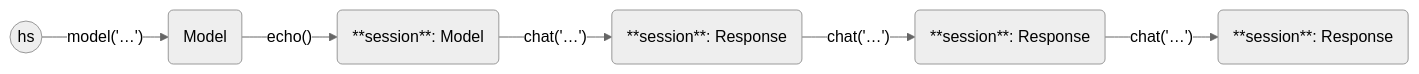
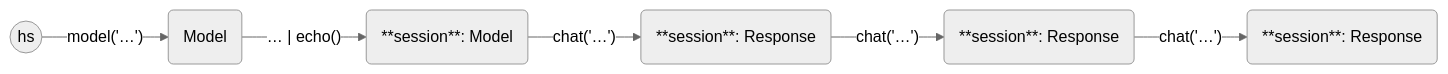
Before and after one commit to andygill/haverscript: the diagram in examples/first_example/README.md, drawn with Mermaid (neutral theme). The commit also changed 30 other files, not shown here.

````diff
--- a/examples/first_example/README.md
+++ b/examples/first_example/README.md
@@ -50,16 +50,16 @@
 ```mermaid
 graph LR
 
     start((hs))
     m0(Model)
     m1(**session**: Model)
     r0(**session**: Response)
     r1(**session**: Response)
     r2(**session**: Response)
 
     start -- model('…') --> m0
-    m0 -- echo() --> m1
+    m0 --  … | echo() --> m1
     m1 -- chat('…') --> r0
     r0 -- chat('…') --> r1
     r1 -- chat('…') --> r2
 ```
````
